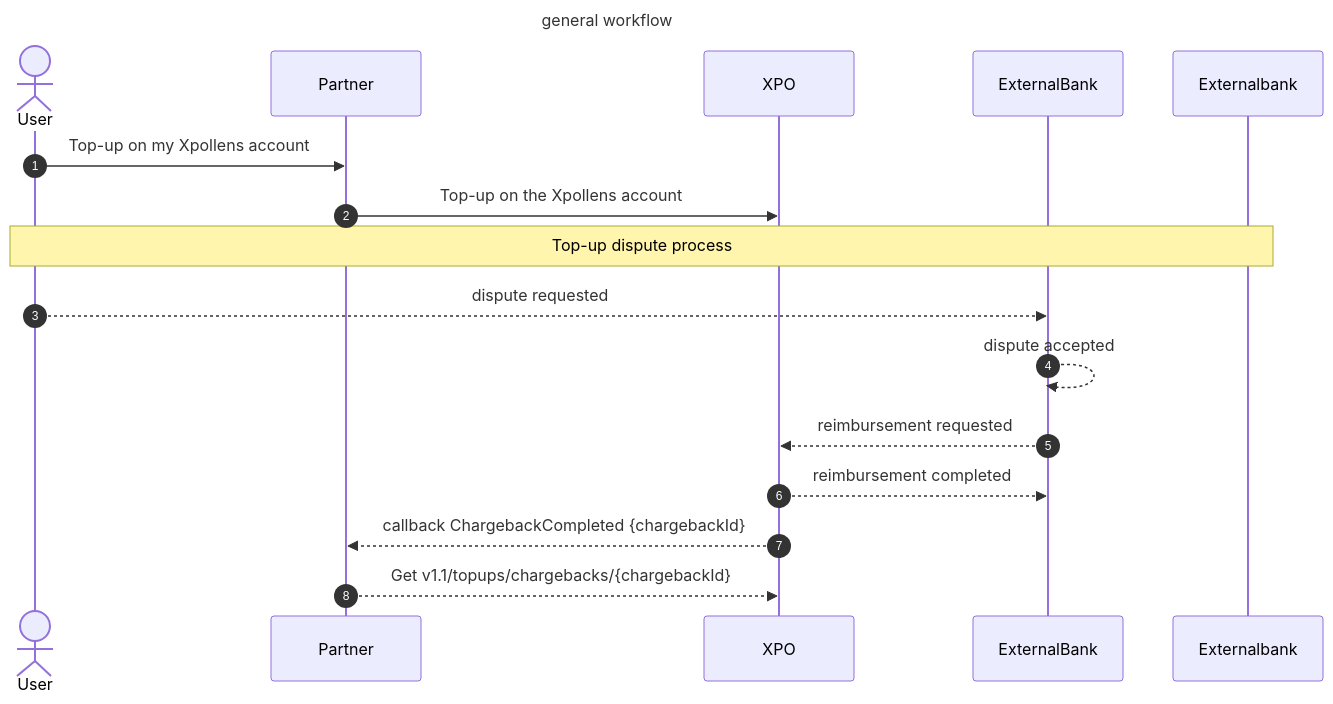
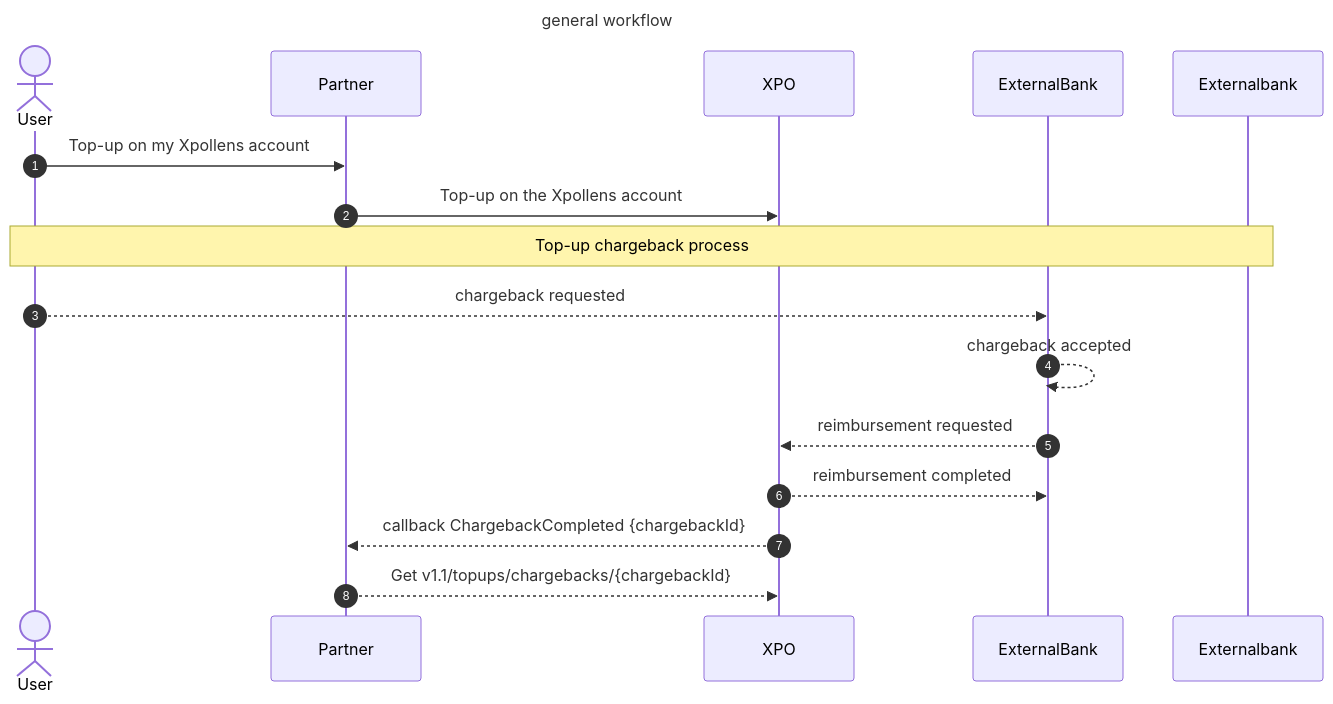
The first of 2 diagrams in docs/usecases/topups/topup_dispute.md (pomme-clic/s-money-documentation), drawn with Mermaid before and after one commit. The commit also changed other lines of this file, not shown here.

````diff
--- a/docs/usecases/topups/topup_dispute.md
+++ b/docs/usecases/topups/topup_dispute.md
@@ -11,24 +11,24 @@
 ```mermaid
 sequenceDiagram
 
 Title: general workflow
 autoNumber
 Actor User
 Participant Partner
 Participant XPO
 Participant ExternalBank
 
 User ->> Partner : Top-up on my Xpollens account
 Partner ->> XPO : Top-up on the Xpollens account
 
-Note over User, Externalbank: Top-up dispute process
-User -->> ExternalBank: dispute requested
-ExternalBank -->> ExternalBank : dispute accepted
+Note over User, Externalbank: Top-up chargeback process
+User -->> ExternalBank: chargeback requested
+ExternalBank -->> ExternalBank : chargeback accepted
 ExternalBank -->> XPO: reimbursement requested
 XPO -->> ExternalBank: reimbursement completed
 XPO -->> Partner: callback ChargebackCompleted {chargebackId}
 
 Partner -->> XPO: Get v1.1/topups/chargebacks/{chargebackId}
 
 
 ```
````
